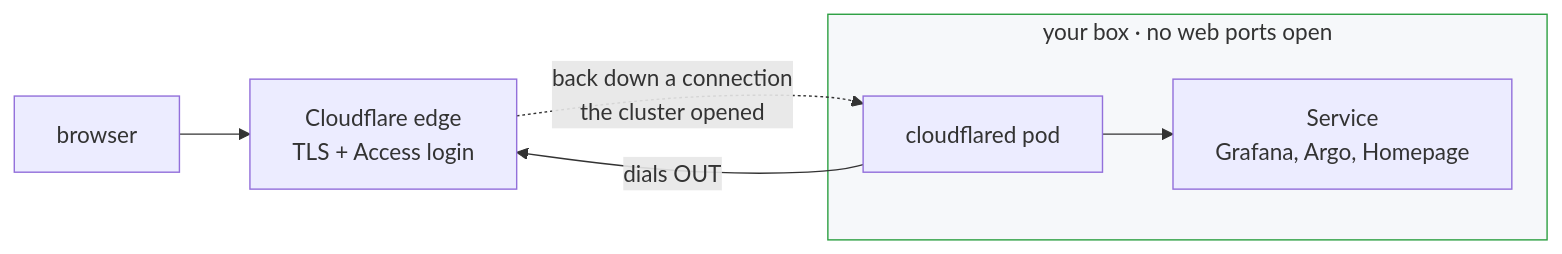
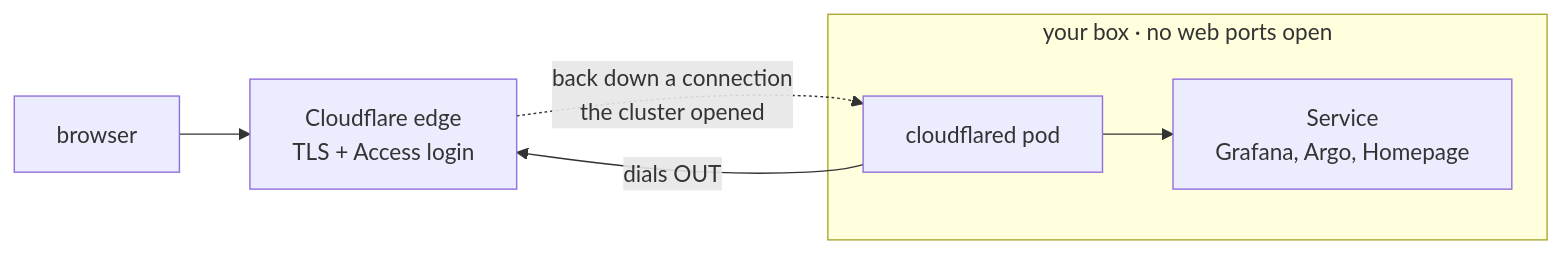
Before and after one commit to adirbd/oci-k3s-starter: the diagram in docs/rung-2-real-urls.md, drawn with Mermaid. The commit also changed 1 other file, not shown here.

Commit message:
docs: diagram labels that read as English, in both GitHub themes (#48)
Two things the rendered README showed that the source hides:

- "you laptop" and "GitHub your repo" — mermaid <br/> labels compressed
  past grammar. Now "your laptop" and "your repo on GitHub"
- the hardcoded light fills made the "Oracle Cloud · free ARM box"
  subgraph title unreadable in dark mode (light text on a forced-light
  box). Dropped all hardcoded diagram colors, here and in rung 2 —
  GitHub renders mermaid in the viewer's theme, and the theme knows best

Swept every other <br/> label and the prose for the same classes;
nothing else found.

````diff
--- a/docs/rung-2-real-urls.md
+++ b/docs/rung-2-real-urls.md
@@ -111,10 +111,9 @@
 ```mermaid
 flowchart LR
     B["browser"] --> CF["Cloudflare edge<br/>TLS + Access login"]
     CF -. "back down a connection<br/>the cluster opened" .-> CFD
     subgraph BOX["your box · no web ports open"]
         CFD["cloudflared pod"] --> S["Service<br/>Grafana, Argo, Homepage"]
     end
     CFD -- "dials OUT" --> CF
-    style BOX fill:#f6f8fa,stroke:#2ea043
 ```
````
